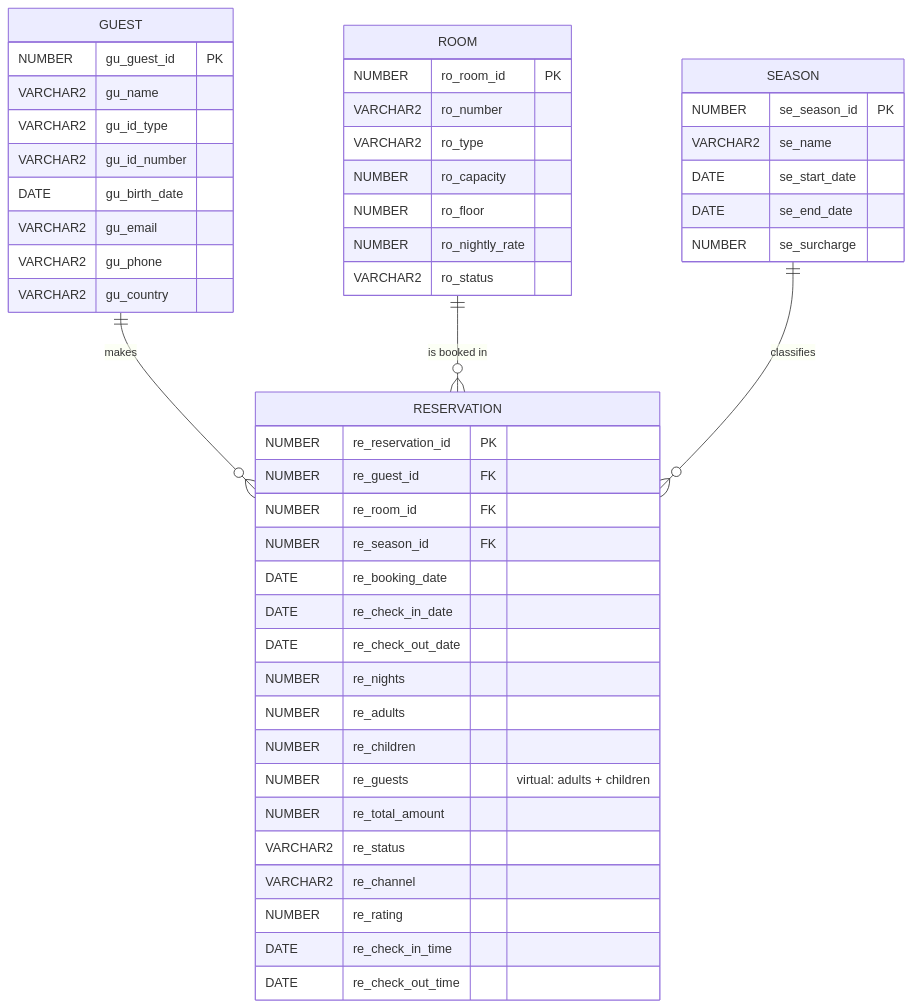
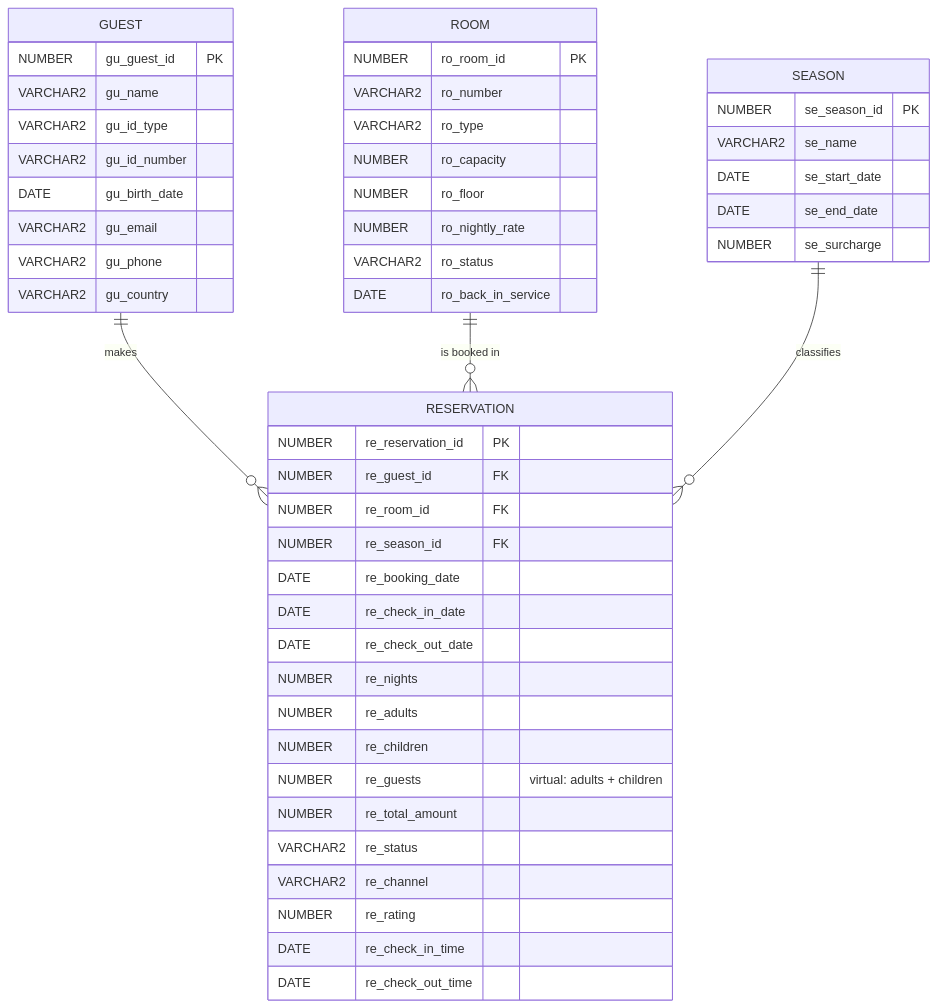
Before and after one commit to shenaoferna/celosia-hotel-BI: the first of 2 diagrams in README.md, drawn with Mermaid. The commit also changed other lines of this file and 11 other files, not shown here.

````diff
--- a/README.md
+++ b/README.md
@@ -105,52 +105,53 @@
 ```mermaid
 erDiagram
     GUEST ||--o{ RESERVATION : "makes"
     ROOM ||--o{ RESERVATION : "is booked in"
     SEASON ||--o{ RESERVATION : "classifies"
 
     GUEST {
         NUMBER gu_guest_id PK
         VARCHAR2 gu_name
         VARCHAR2 gu_id_type
         VARCHAR2 gu_id_number
         DATE gu_birth_date
         VARCHAR2 gu_email
         VARCHAR2 gu_phone
         VARCHAR2 gu_country
     }
     ROOM {
         NUMBER ro_room_id PK
         VARCHAR2 ro_number
         VARCHAR2 ro_type
         NUMBER ro_capacity
         NUMBER ro_floor
         NUMBER ro_nightly_rate
         VARCHAR2 ro_status
+        DATE ro_back_in_service
     }
     SEASON {
         NUMBER se_season_id PK
         VARCHAR2 se_name
         DATE se_start_date
         DATE se_end_date
         NUMBER se_surcharge
     }
     RESERVATION {
         NUMBER re_reservation_id PK
         NUMBER re_guest_id FK
         NUMBER re_room_id FK
         NUMBER re_season_id FK
         DATE re_booking_date
         DATE re_check_in_date
         DATE re_check_out_date
         NUMBER re_nights
         NUMBER re_adults
         NUMBER re_children
         NUMBER re_guests "virtual: adults + children"
         NUMBER re_total_amount
         VARCHAR2 re_status
         VARCHAR2 re_channel
         NUMBER re_rating
         DATE re_check_in_time
         DATE re_check_out_time
     }
 ```
````
